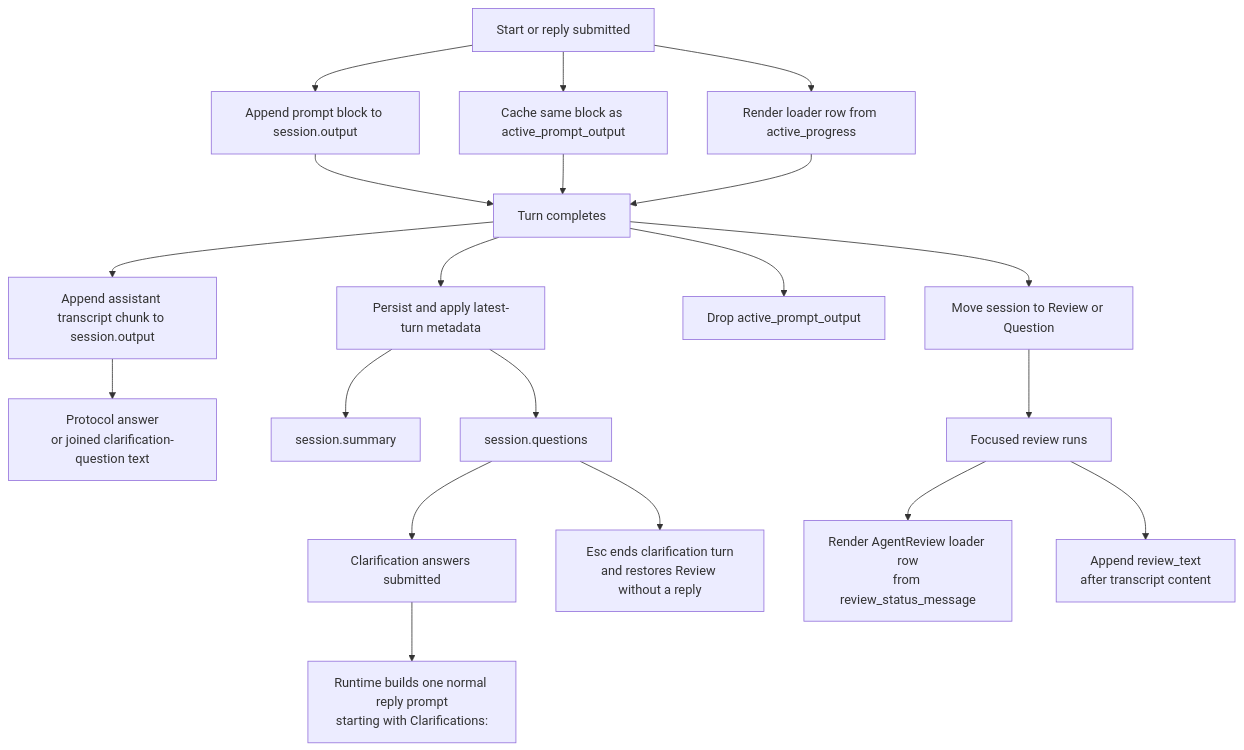
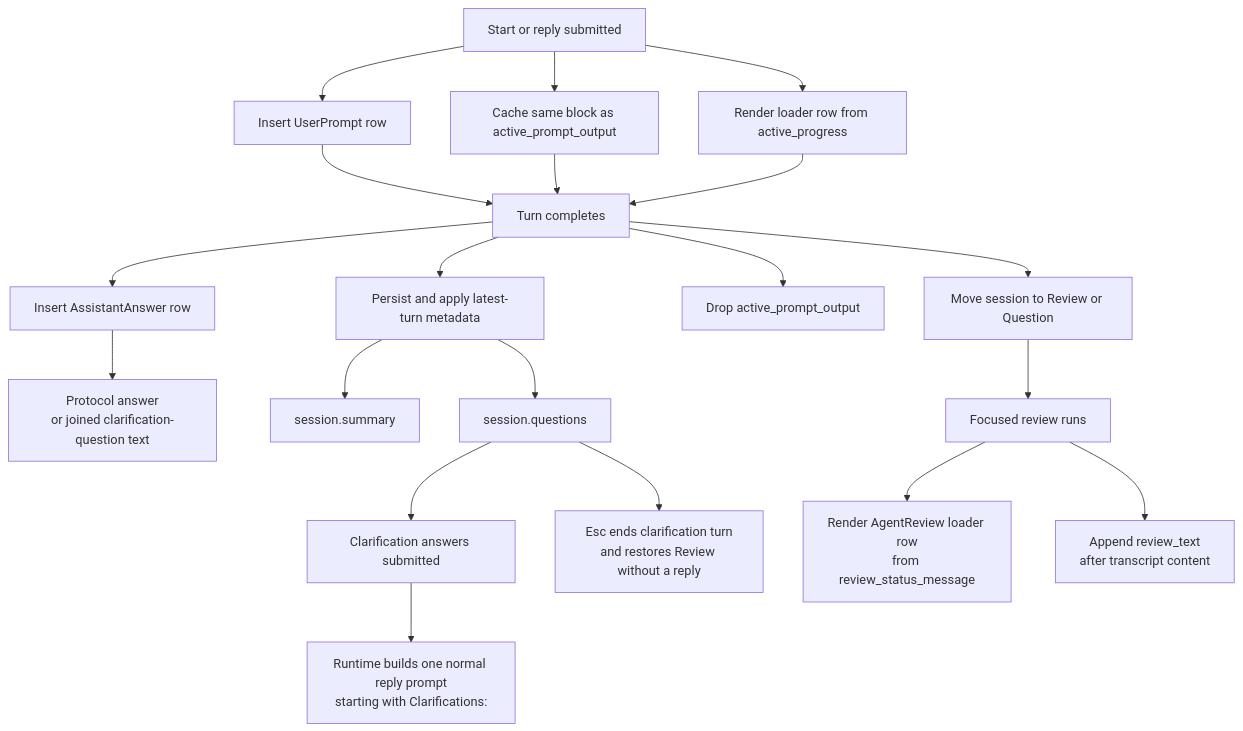
The third of 4 diagrams in docs/site/content/docs/architecture/runtime-flow.md (agentty-xyz/agentty), drawn with Mermaid before and after one commit. The commit also changed other lines of this file and 10 other files, not shown here.

First line of the commit message:
Session messages store the durable transcript (#82)

````diff
--- a/docs/site/content/docs/architecture/runtime-flow.md
+++ b/docs/site/content/docs/architecture/runtime-flow.md
@@ -309,28 +312,28 @@
 ```mermaid
 flowchart TD
   submit["Start or reply submitted"]
-  submit --> append_prompt["Append prompt block to session.output"]
+  submit --> append_prompt["Insert UserPrompt row"]
   submit --> cache_prompt["Cache same block as active_prompt_output"]
   submit --> progress["Render loader row from active_progress"]
 
   turn_done["Turn completes"]
   append_prompt --> turn_done
   cache_prompt --> turn_done
   progress --> turn_done
 
-  turn_done --> answer["Append assistant transcript chunk to session.output"]
+  turn_done --> answer["Insert AssistantAnswer row"]
   answer --> answer_kind["Protocol answer<br/>or joined clarification-question text"]
   turn_done --> metadata["Persist and apply latest-turn metadata"]
   metadata --> summary_meta["session.summary"]
   metadata --> question_meta["session.questions"]
   turn_done --> clear_active["Drop active_prompt_output"]
   turn_done --> next_status["Move session to Review or Question"]
 
   next_status --> review_run["Focused review runs"]
   review_run --> review_loader["Render AgentReview loader row<br/>from review_status_message"]
   review_run --> review_text["Append review_text<br/>after transcript content"]
 
   question_meta --> clarifications["Clarification answers submitted"]
   clarifications --> clarification_prompt["Runtime builds one normal reply prompt<br/>starting with Clarifications:"]
   question_meta --> end_turn["Esc ends clarification turn<br/>and restores Review without a reply"]
 ```
````
